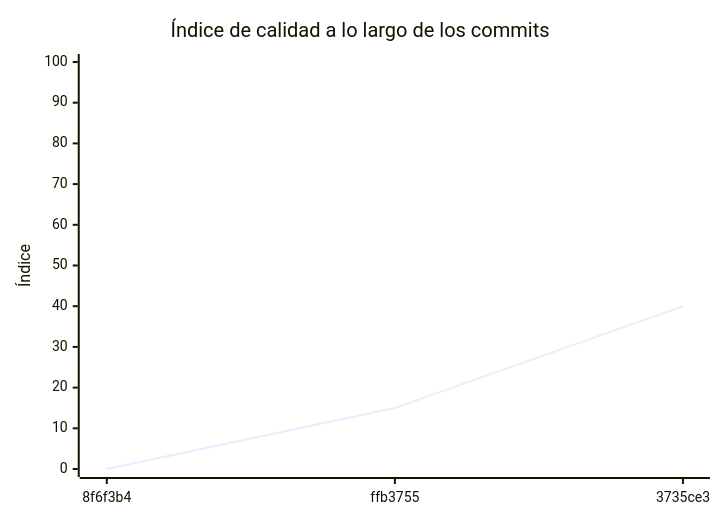
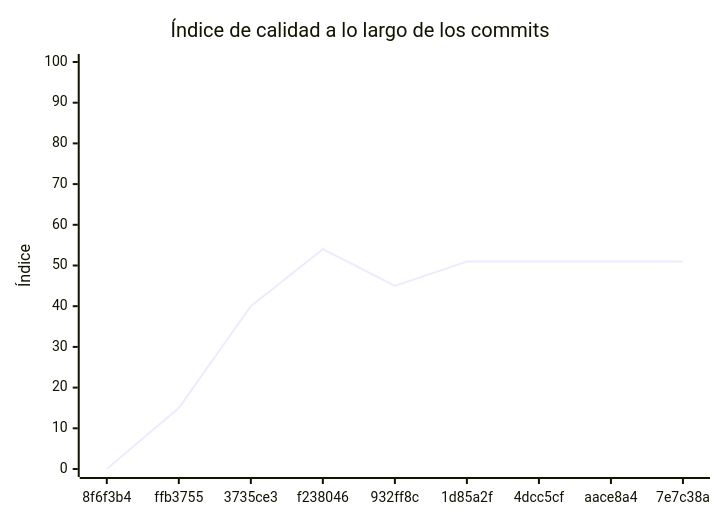
One commit to TONEATTI-PROGRAMACION-TRABAJO-FINAL/Servicio-turnos changed the diagram in docs/EVALUACION.md. Above: the diagram before and after it, drawn with Mermaid. The commit also changed other lines of this file and 1 other file, not shown here.

````diff
--- a/docs/EVALUACION.md
+++ b/docs/EVALUACION.md
@@ -128,7 +353,7 @@
 ```mermaid
 xychart-beta
     title "Índice de calidad a lo largo de los commits"
-    x-axis ["8f6f3b4", "ffb3755", "3735ce3"]
+    x-axis ["8f6f3b4", "ffb3755", "3735ce3", "f238046", "932ff8c", "1d85a2f", "4dcc5cf", "aace8a4", "7e7c38a"]
     y-axis "Índice" 0 --> 100
-    line [0, 15, 40]
+    line [0, 15, 40, 54, 45, 51, 51, 51, 51]
 ```
````
